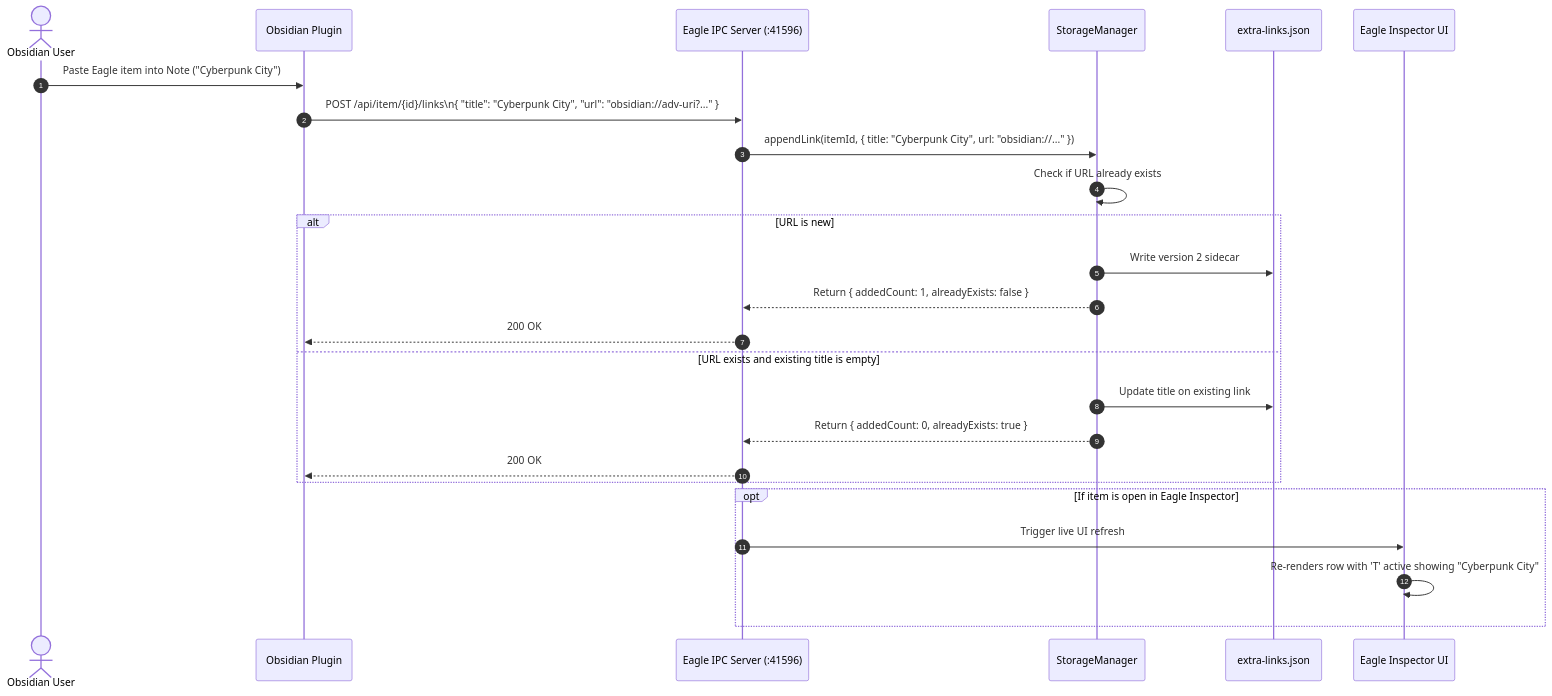
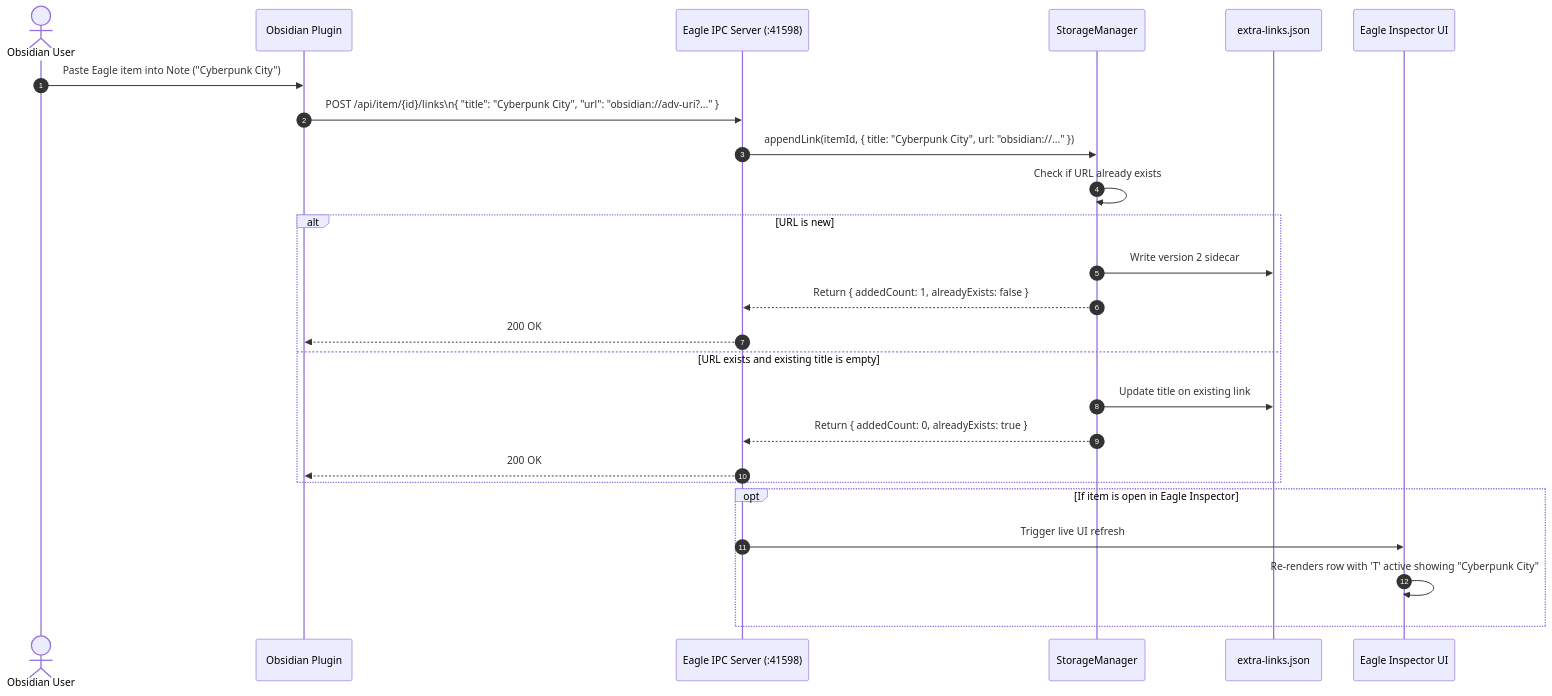
Before and after one commit to coreyx/eagle-extra-links: the fourth of 4 diagrams in spec/title-and-url-modes/design.md, drawn with Mermaid. The commit also changed 19 other files, not shown here.

Commit message:
fix: migrate default IPC port from 41596 to 41598 to avoid Eagle MCP server collision

````diff
--- a/spec/title-and-url-modes/design.md
+++ b/spec/title-and-url-modes/design.md
@@ -152,29 +152,29 @@
 ```mermaid
 sequenceDiagram
     autonumber
     actor ObsidianUser as Obsidian User
     participant Obsidian as Obsidian Plugin
-    participant IPC as Eagle IPC Server (:41596)
+    participant IPC as Eagle IPC Server (:41598)
     participant Storage as StorageManager
     participant FS as extra-links.json
     participant Inspector as Eagle Inspector UI
 
     ObsidianUser->>Obsidian: Paste Eagle item into Note ("Cyberpunk City")
     Obsidian->>IPC: POST /api/item/{id}/links\n{ "title": "Cyberpunk City", "url": "obsidian://adv-uri?..." }
     IPC->>Storage: appendLink(itemId, { title: "Cyberpunk City", url: "obsidian://..." })
     Storage->>Storage: Check if URL already exists
     alt URL is new
         Storage->>FS: Write version 2 sidecar
         Storage-->>IPC: Return { addedCount: 1, alreadyExists: false }
         IPC-->>Obsidian: 200 OK
     else URL exists and existing title is empty
         Storage->>FS: Update title on existing link
         Storage-->>IPC: Return { addedCount: 0, alreadyExists: true }
         IPC-->>Obsidian: 200 OK
     end
 
     opt If item is open in Eagle Inspector
         IPC->>Inspector: Trigger live UI refresh
         Inspector->>Inspector: Re-renders row with 'T' active showing "Cyberpunk City"
     end
 ```
````
